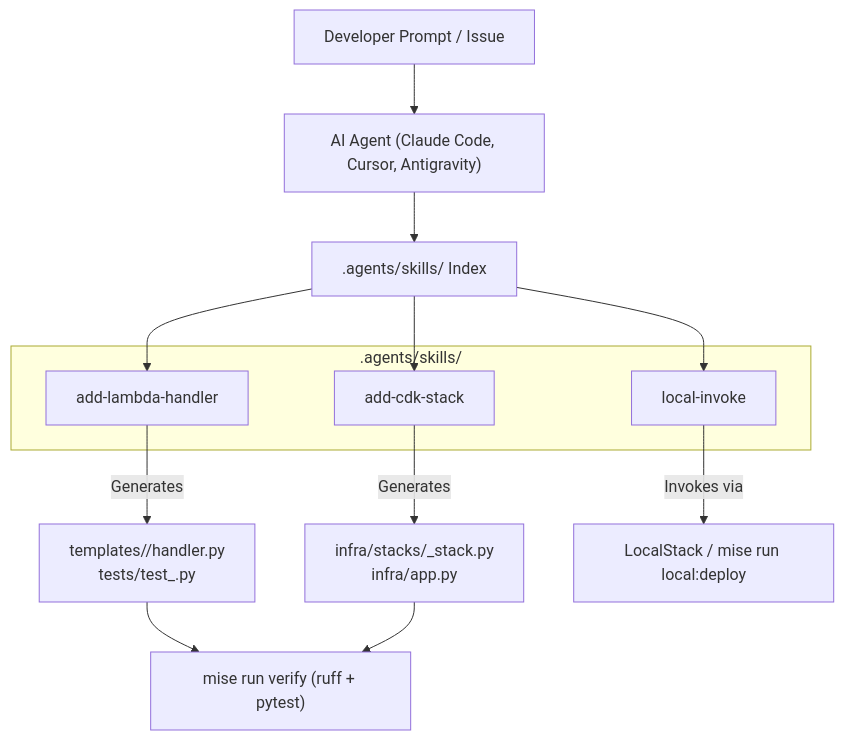
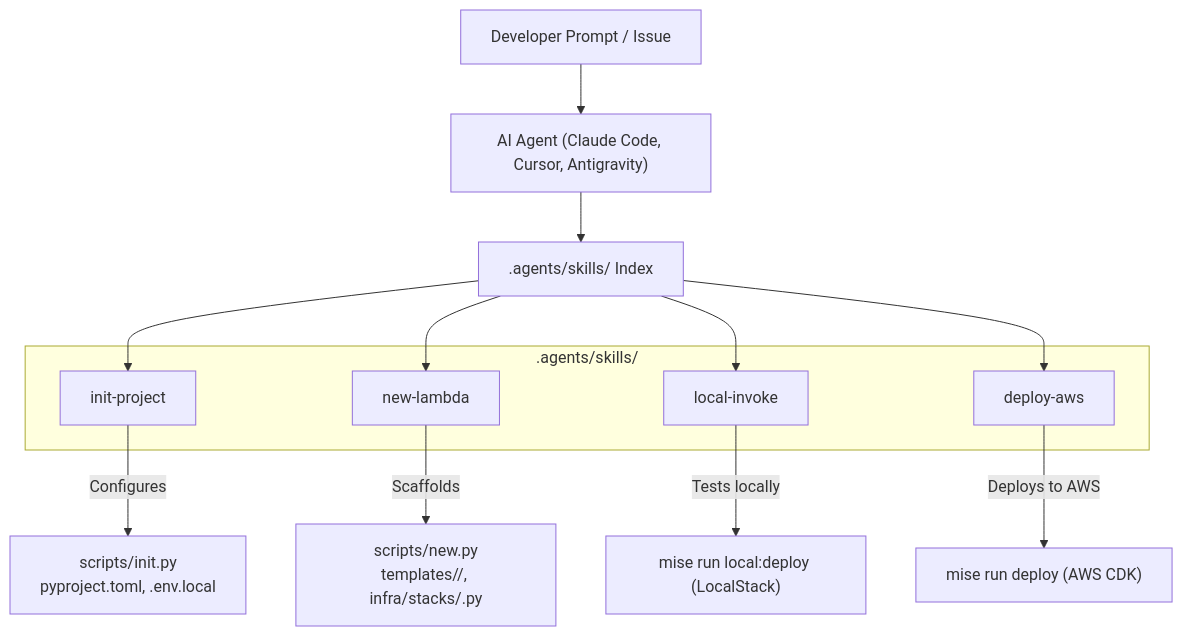
The diagram in .vibe/specs/add-skills/design.md (cur8d/lambda), drawn with Mermaid before and after one commit. The commit also changed other lines of this file and 3 other files, not shown here.

Commit message:
docs(spec): add init-project and deploy-aws skills to lambda plan

````diff
--- a/.vibe/specs/add-skills/design.md
+++ b/.vibe/specs/add-skills/design.md
@@ -5,19 +5,19 @@
 ```mermaid
 flowchart TD
     User["Developer Prompt / Issue"] --> Agent["AI Agent (Claude Code, Cursor, Antigravity)"]
     Agent --> Registry[".agents/skills/ Index"]
     
     subgraph Skills [".agents/skills/"]
-        H["add-lambda-handler"]
-        S["add-cdk-stack"]
-        I["local-invoke"]
+        Init["init-project"]
+        New["new-lambda"]
+        Local["local-invoke"]
+        Deploy["deploy-aws"]
     end
     
-    Registry --> H & S & I
+    Registry --> Init & New & Local & Deploy
     
-    H -->|"Generates"| Code["templates/<event>/handler.py<br/>tests/test_<event>.py"]
-    S -->|"Generates"| Infra["infra/stacks/<type>_stack.py<br/>infra/app.py"]
-    I -->|"Invokes via"| LocalStack["LocalStack / mise run local:deploy"]
-    
-    Code & Infra --> Verify["mise run verify (ruff + pytest)"]
+    Init -->|"Configures"| Repo["scripts/init.py<br/>pyproject.toml, .env.local"]
+    New -->|"Scaffolds"| Code["scripts/new.py<br/>templates/<name>/, infra/stacks/<name>.py"]
+    Local -->|"Tests locally"| LocalStack["mise run local:deploy (LocalStack)"]
+    Deploy -->|"Deploys to AWS"| Cloud["mise run deploy (AWS CDK)"]
 ```
````
